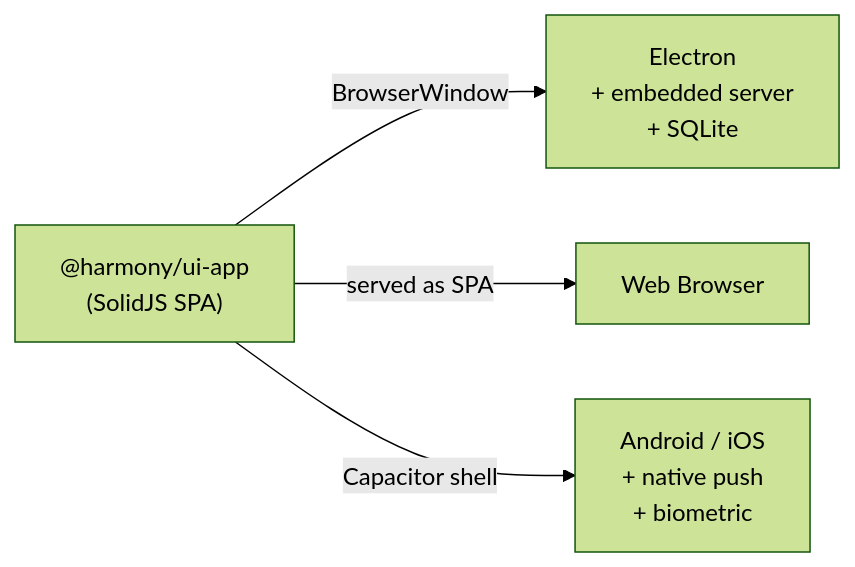
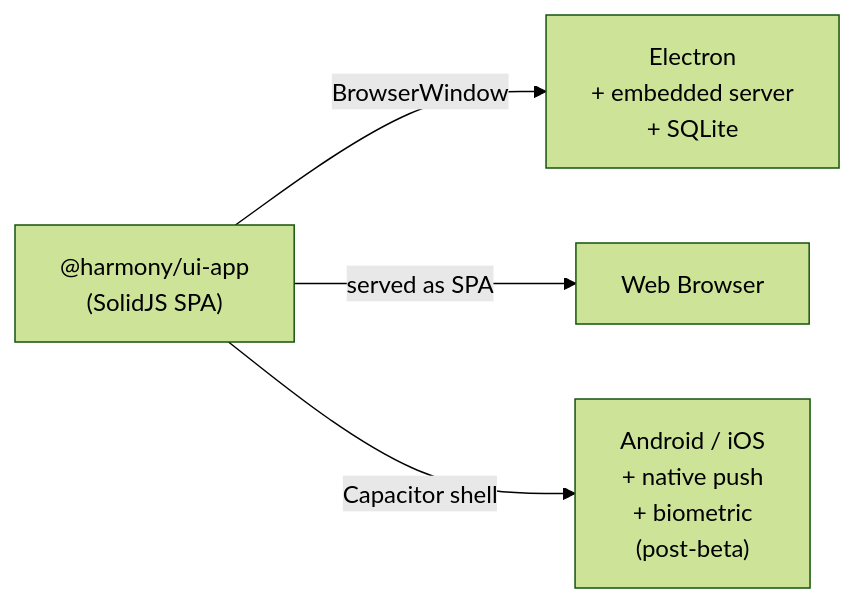
The second of 42 diagrams in ARCHITECTURE.md (HexaField/harmony), drawn with Mermaid (forest theme) before and after one commit. The commit also changed other lines of this file and 2 other files, not shown here.

Commit message:
docs: narrow beta scope to self-hosted + Electron + Portal
Cloud Worker deployment deferred to post-beta. Migration refactored
to hash-verified user-driven import model. Updated ROADMAP.md,
TEST-MATRIX, and ARCHITECTURE.md accordingly.

Key changes:
- Deployment targets: added Beta column, Cloud/Mobile marked post-beta
- Road to Beta: removed CF provisioning/Stripe/Capacitor prereqs
- Discord Migration: new hash-verified architecture
- Cloud & Portal: Portal now Express+SQLite (not CF Workers)
- Deployment Architecture: beta vs post-beta diagrams
- Test Matrix: Section 23 (Cloud Worker) marked deferred
- Post-Launch priorities reordered (cloud deployment as P1)

````diff
--- a/ARCHITECTURE.md
+++ b/ARCHITECTURE.md
@@ -56,8 +58,8 @@
 ```mermaid
 graph LR
     UIApp["@harmony/ui-app<br/>(SolidJS SPA)"]
 
     UIApp -->|BrowserWindow| Electron["Electron<br/>+ embedded server<br/>+ SQLite"]
     UIApp -->|served as SPA| Web["Web Browser"]
-    UIApp -->|Capacitor shell| Mobile["Android / iOS<br/>+ native push<br/>+ biometric"]
+    UIApp -->|Capacitor shell| Mobile["Android / iOS<br/>+ native push<br/>+ biometric<br/>(post-beta)"]
 ```
````
